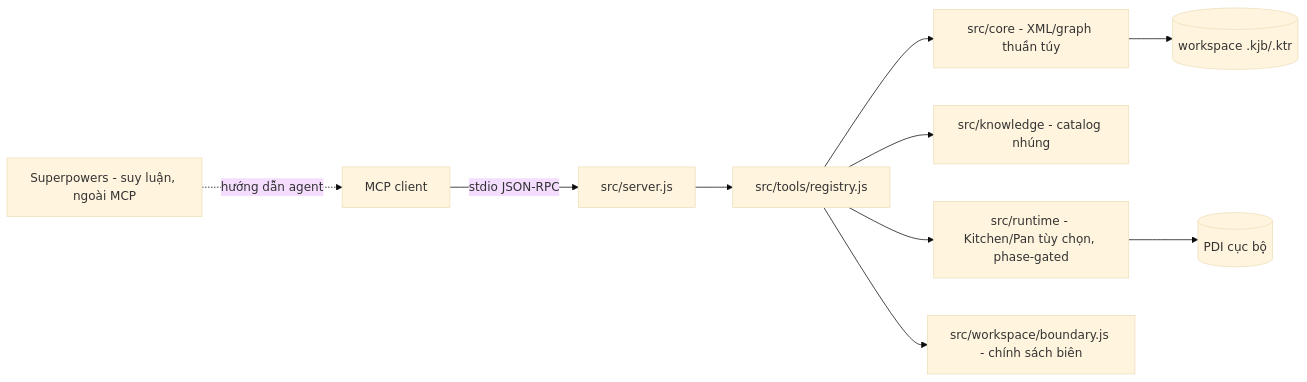
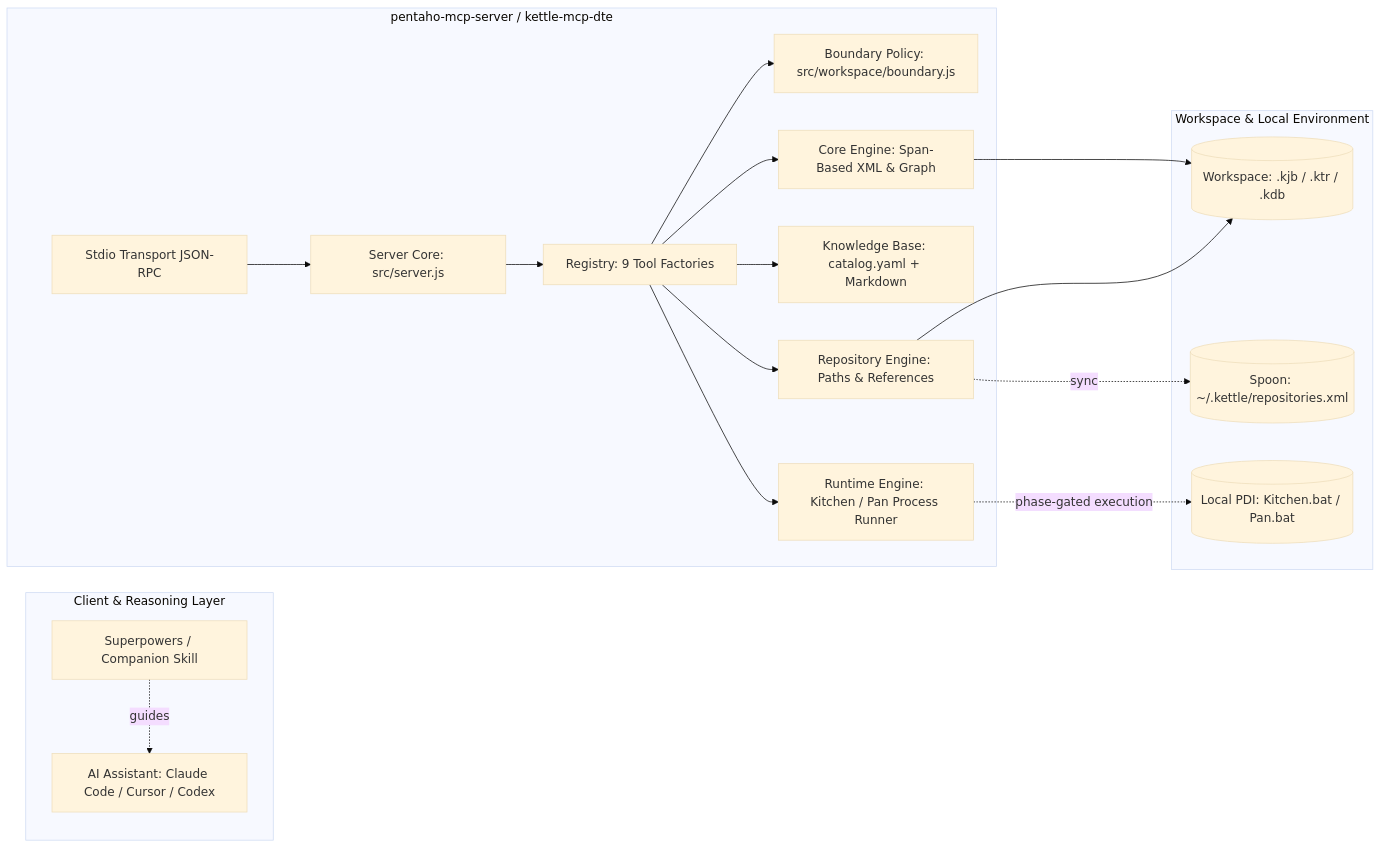
One commit to TumRoyall/pentaho-mcp changed the first of 2 diagrams in README.md. Above: the diagram before and after it, drawn with Mermaid (base theme). The commit also changed other lines of this file and 12 other files, not shown here.

````diff
--- a/README.md
+++ b/README.md
@@ -114,12 +82,38 @@
 ```mermaid
 flowchart LR
-    SP[Superpowers - suy luận, ngoài MCP] -. hướng dẫn agent .-> Client
-    Client[MCP client] -->|stdio JSON-RPC| Server[src/server.js]
-    Server --> Registry[src/tools/registry.js]
-    Registry --> Core[src/core - XML/graph thuần túy]
-    Registry --> Knowledge[src/knowledge - catalog nhúng]
-    Registry --> Runtime[src/runtime - Kitchen/Pan tùy chọn, phase-gated]
-    Registry --> Boundary[src/workspace/boundary.js - chính sách biên]
-    Core --> Workspace[(workspace .kjb/.ktr)]
-    Runtime --> PDI[(PDI cục bộ)]
+    subgraph Client_Layer[Client & Reasoning Layer]
+        AI[AI Assistant: Claude Code / Cursor / Codex]
+        SP[Superpowers / Companion Skill] -. guides .-> AI
+    end
+
+    subgraph MCP_Server[pentaho-mcp-server / kettle-mcp-dte]
+        STDIO[Stdio Transport JSON-RPC]
+        SRV[Server Core: src/server.js]
+        REG[Registry: 9 Tool Factories]
+        BND[Boundary Policy: src/workspace/boundary.js]
+        
+        STDIO --> SRV --> REG
+        REG --> BND
+        
+        CORE[Core Engine: Span-Based XML & Graph]
+        KNOW[Knowledge Base: catalog.yaml + Markdown]
+        REPO[Repository Engine: Paths & References]
+        RT[Runtime Engine: Kitchen / Pan Process Runner]
+        
+        REG --> CORE
+        REG --> KNOW
+        REG --> REPO
+        REG --> RT
+    end
+
+    subgraph Storage[Workspace & Local Environment]
+        WS[(Workspace: .kjb / .ktr / .kdb)]
+        PDI[(Local PDI: Kitchen.bat / Pan.bat)]
+        SPOON[(Spoon: ~/.kettle/repositories.xml)]
+    end
+
+    CORE --> WS
+    REPO --> WS
+    REPO -. sync .-> SPOON
+    RT -. phase-gated execution .-> PDI
 ```
````
